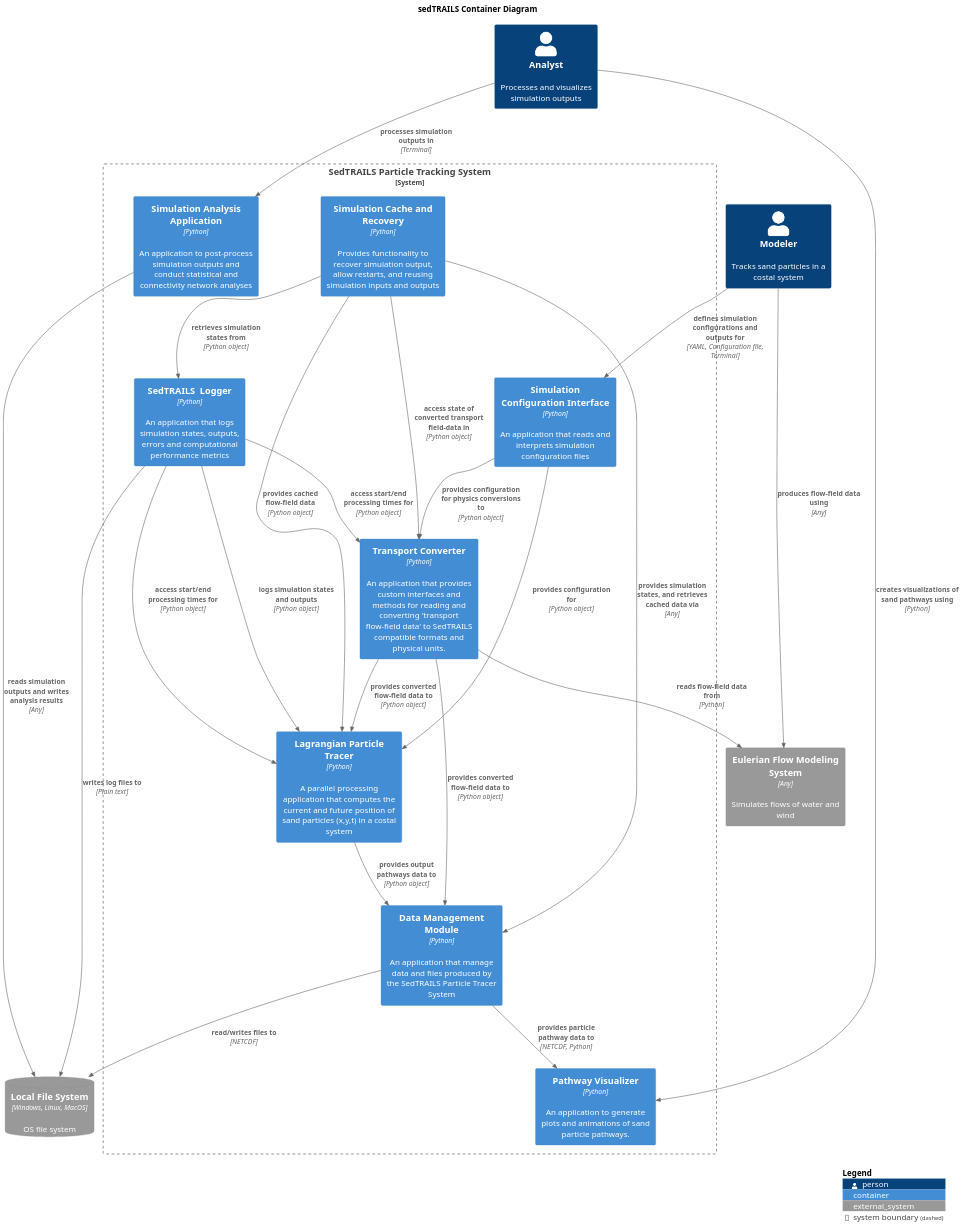
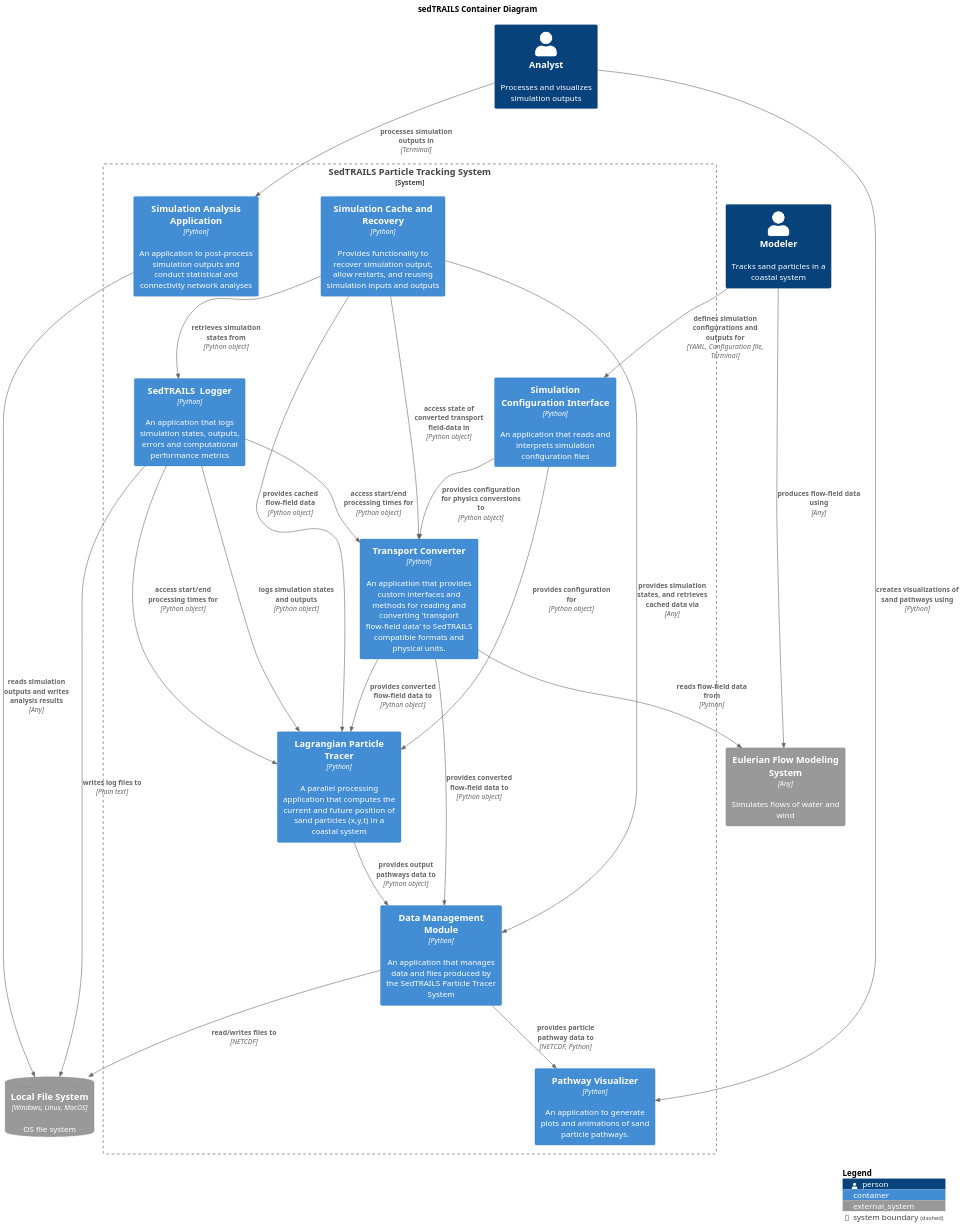
The diagram in diagrams/containers.puml (sgpearson17/sedtrails-sgp), drawn with PlantUML before and after one commit. The commit also changed 7 other files, not shown here.

Commit message:
final revisions of the diagrams

```diff
--- a/diagrams/containers.puml
+++ b/diagrams/containers.puml
@@ -1,52 +1,52 @@
 @startuml SedtrailContainer
 !include ./c4/C4_Container.puml
 
 title sedTRAILS Container Diagram
 scale 1.5
 ' LAYOUT_LANDSCAPE()
 
-Person(modeler, "Modeler", "Tracks sand particles in a costal system")
+Person(modeler, "Modeler", "Tracks sand particles in a coastal system")
 Person(analyst, "Analyst", "Processes and visualizes simulation outputs")
 
 System_Boundary(sedtrailsSystem, "SedTRAILS Particle Tracking System"){ 
-    Container(sedtrailsTracer, "Lagrangian Particle Tracer", "Python", "A parallel processing application that computes the current and future position of sand particles (x,y,t) in a costal system")
+    Container(sedtrailsTracer, "Lagrangian Particle Tracer", "Python", "A parallel processing application that computes the current and future position of sand particles (x,y,t) in a coastal system")
     Container(configInterface, "Simulation Configuration Interface", "Python", "An application that reads and interprets simulation configuration files")
     Container(sedtrailsLogger, "SedTRAILS  Logger", "Python", "An application that logs simulation states, outputs, errors and computational performance metrics")
     Container(transportConverter, "Transport Converter", "Python", "An application that provides custom interfaces and methods for reading and converting 'transport flow-field data' to SedTRAILS compatible formats and physical units.")
     Container(pathwayVisualizer, "Pathway Visualizer", "Python", "An application to generate plots and animations of sand particle pathways.")
     Container(cache, "Simulation Cache and Recovery", "Python", "Provides functionality to recover simulation output, allow restarts, and reusing simulation inputs and outputs")
-    Container(dataManager, "Data Management Module", "Python", "An application that manage data and files produced by the SedTRAILS Particle Tracer System")
+    Container(dataManager, "Data Management Module", "Python", "An application that manages data and files produced by the SedTRAILS Particle Tracer System")
     Container(analystApp, "Simulation Analysis Application", "Python", "An application to post-process simulation outputs and conduct statistical and connectivity network analyses")
 
     Rel(sedtrailsLogger, transportConverter, "access start/end processing times for", "Python object")
     Rel(cache, sedtrailsLogger, "retrieves simulation states from", "Python object")
     Rel(sedtrailsLogger, sedtrailsTracer, "access start/end processing times for", "Python object")
     Rel(transportConverter, sedtrailsTracer, "provides converted flow-field data to", "Python object")
     Rel(sedtrailsLogger, sedtrailsTracer, "logs simulation states and outputs", "Python object")
     Rel(cache, sedtrailsTracer, "provides cached flow-field data", "Python object")
     Rel(cache, transportConverter, "access state of converted transport field-data in", "Python object")
     Rel(configInterface, transportConverter, "provides configuration for physics conversions to", "Python object")
     Rel(configInterface, sedtrailsTracer, "provides configuration for", "Python object")
     Rel(sedtrailsTracer, dataManager, "provides output pathways data to", "Python object")
     Rel(transportConverter, dataManager, "provides converted flow-field data to", "Python object") 
     Rel(cache, dataManager, "provides simulation states, and retrieves cached data via", "Any") 
     Rel(dataManager, pathwayVisualizer, "provides particle pathway data to", "NETCDF, Python")
 }
 System_Ext(flowSystem, "Eulerian Flow Modeling System", "Simulates flows of water and wind", $type="Any")
 
 SystemDb_Ext(fileSystem, "Local File System", "OS file system", $type="Windows, Linux, MacOS")
 
 Rel(dataManager, fileSystem, "read/writes files to", "NETCDF")
 Rel(modeler, configInterface, "defines simulation configurations and outputs for", "YAML, Configuration file, Terminal")
 
 Rel(analyst, pathwayVisualizer, "creates visualizations of sand pathways using", "Python")
 Rel(analyst, analystApp, "processes simulation outputs in", "Terminal")
 Rel(analystApp, fileSystem, "reads simulation outputs and writes analysis results", "Any")
 
 Rel(sedtrailsLogger, fileSystem, "writes log files to", "Plain text")
 
 Rel(modeler, flowSystem, "produces flow-field data using", "Any")
 Rel(transportConverter, flowSystem, "reads flow-field data from", "Python")
 
 SHOW_LEGEND()
 @enduml
```
